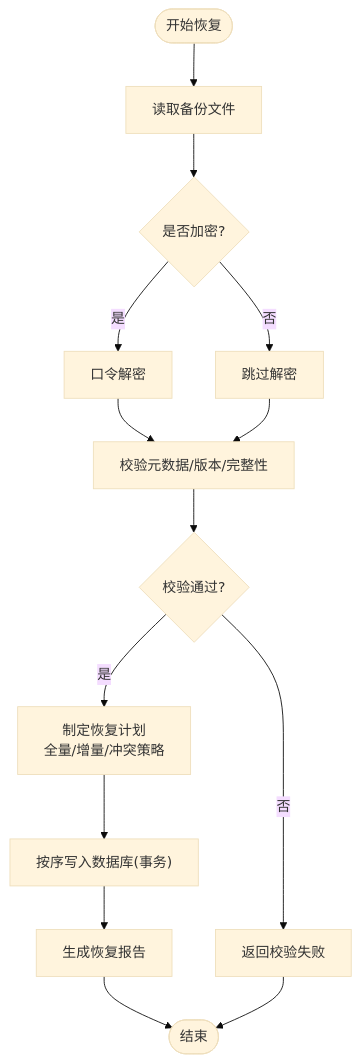
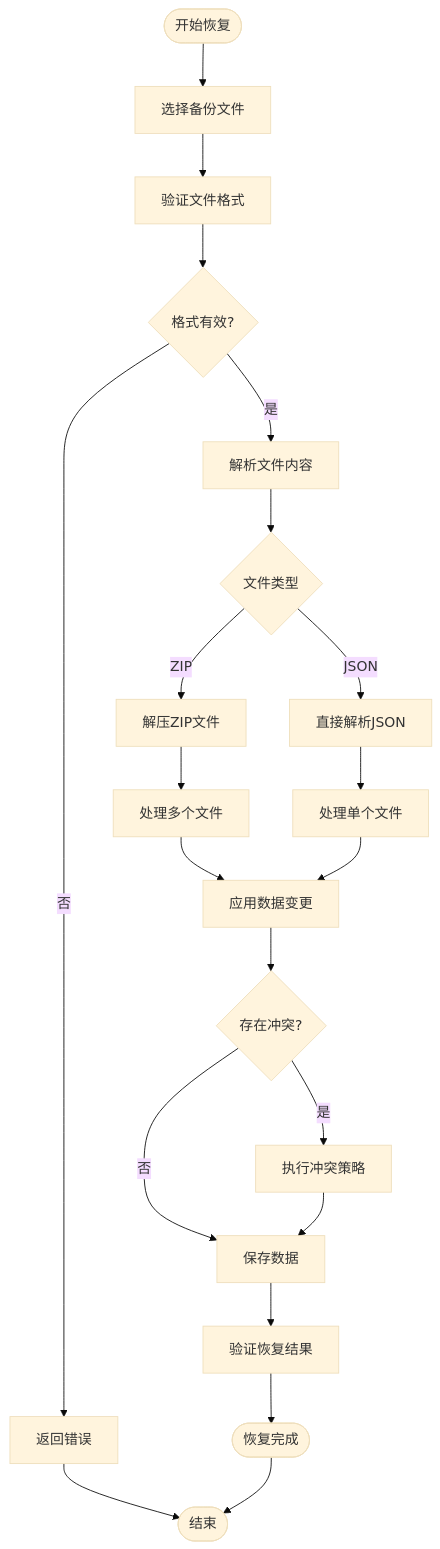
Before and after one commit to ZhangGHGitHub/LegadoTeamFlutter: the fourth of 5 diagrams in .qoder/repowiki/zh/content/Rust核心库/数据库层/备份恢复功能.md, drawn with Mermaid (base theme). The commit also changed other lines of this file and 173 other files, not shown here.

````diff
--- a/.qoder/repowiki/zh/content/Rust核心库/数据库层/备份恢复功能.md
+++ b/.qoder/repowiki/zh/content/Rust核心库/数据库层/备份恢复功能.md
@@ -248,16 +162,23 @@
 ```mermaid
 flowchart TD
-Start(["开始恢复"]) --> Read["读取备份文件"]
-Read --> Decrypt{"是否加密?"}
-Decrypt --> |是| DoDecrypt["口令解密"]
-Decrypt --> |否| SkipDec["跳过解密"]
-DoDecrypt --> Verify["校验元数据/版本/完整性"]
-SkipDec --> Verify
-Verify --> Valid{"校验通过?"}
-Valid --> |否| ErrVerify["返回校验失败"]
-Valid --> |是| Plan["制定恢复计划<br/>全量/增量/冲突策略"]
-Plan --> Execute["按序写入数据库(事务)"]
-Execute --> Report["生成恢复报告"]
-Report --> End(["结束"])
-ErrVerify --> End
+Start(["开始恢复"]) --> SelectFile["选择备份文件"]
+SelectFile --> Validate["验证文件格式"]
+Validate --> Valid{"格式有效?"}
+Valid --> |否| Error["返回错误"]
+Valid --> |是| Parse["解析文件内容"]
+Parse --> Type{"文件类型"}
+Type --> |ZIP| ExtractZip["解压ZIP文件"]
+Type --> |JSON| DirectParse["直接解析JSON"]
+ExtractZip --> ProcessFiles["处理多个文件"]
+DirectParse --> ProcessSingle["处理单个文件"]
+ProcessFiles --> ApplyChanges["应用数据变更"]
+ProcessSingle --> ApplyChanges
+ApplyChanges --> Conflict{"存在冲突?"}
+Conflict --> |是| Resolve["执行冲突策略"]
+Conflict --> |否| Save["保存数据"]
+Resolve --> Save
+Save --> Verify["验证恢复结果"]
+Verify --> Done(["恢复完成"])
+Error --> End(["结束"])
+Done --> End
 ```
````
